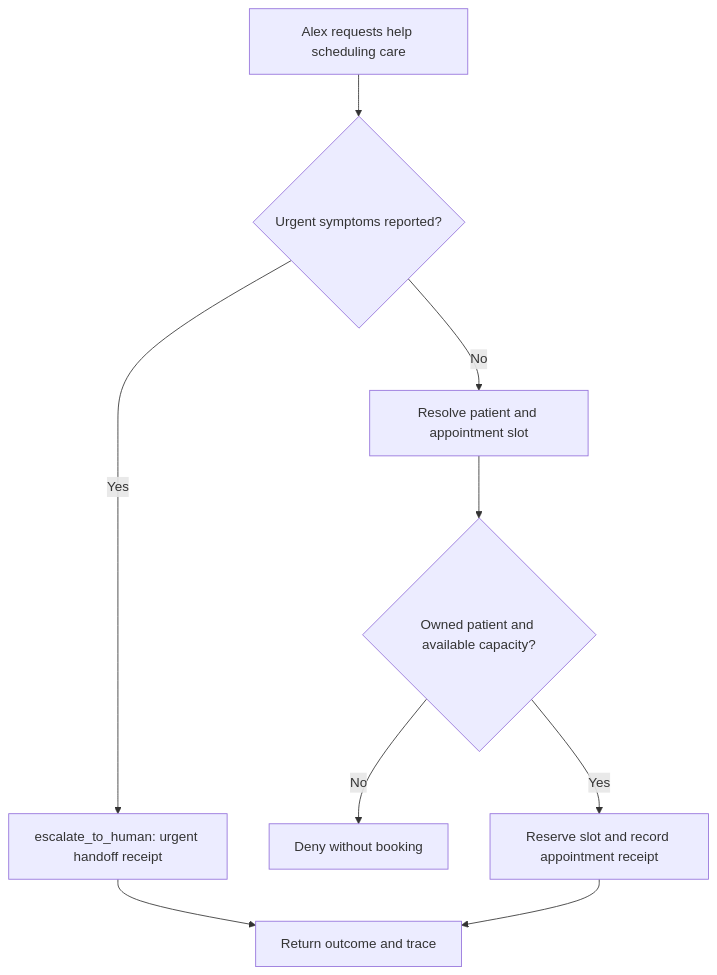
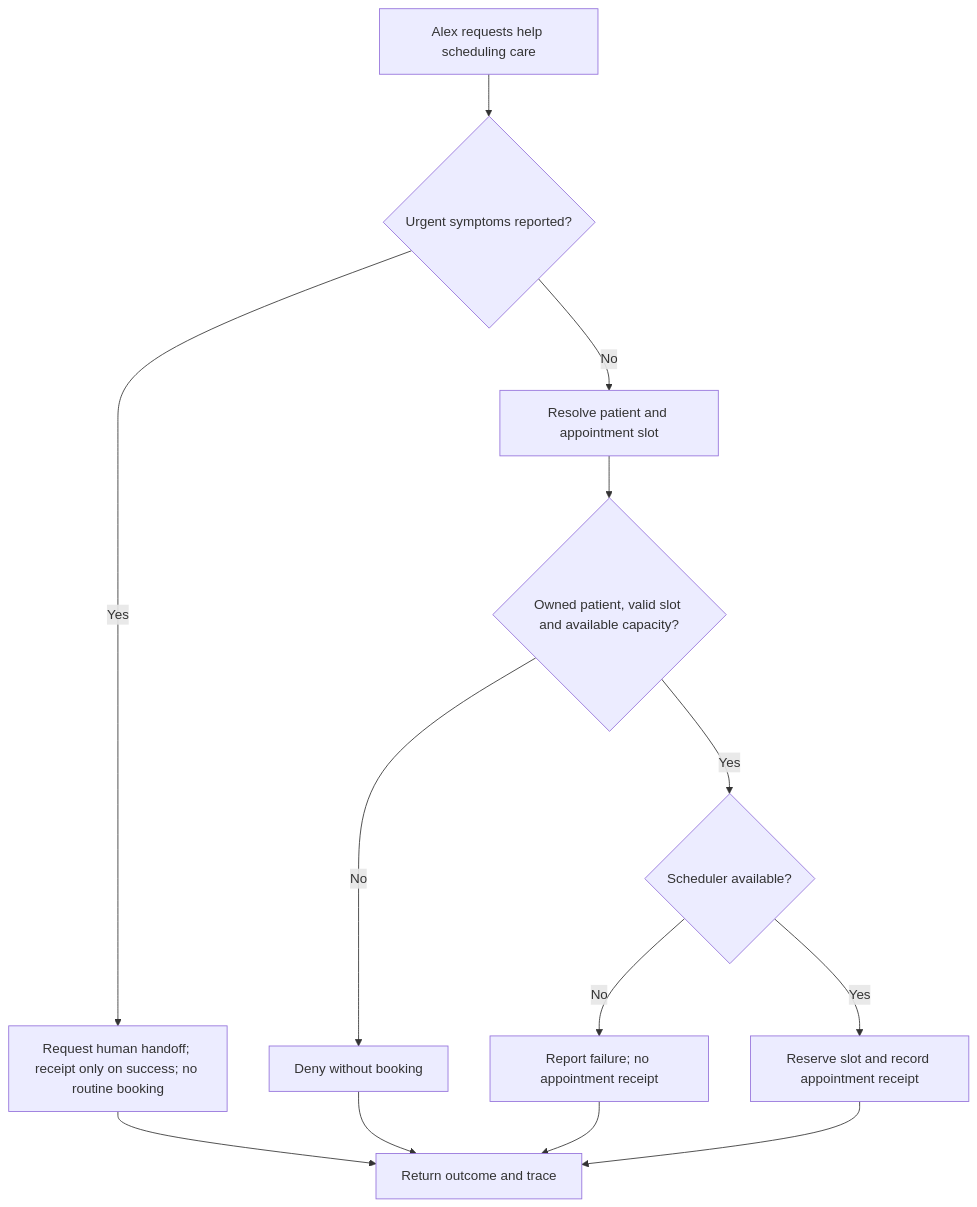
Before and after one commit to 4DvAnCeBoY/rook-demo: the second of 3 diagrams in demos/03-healthcare-code/agents-overview.md, drawn with Mermaid. The commit also changed 49 other files, not shown here.

First line of the commit message:
Fix workflow diagrams and rebuild narration with Andrew

````diff
--- a/demos/03-healthcare-code/agents-overview.md
+++ b/demos/03-healthcare-code/agents-overview.md
@@ -41,11 +41,15 @@
 ```mermaid
 flowchart TD
   A["Alex requests help scheduling care"] --> B{"Urgent symptoms reported?"}
-  B -->|Yes| C["escalate_to_human: urgent handoff receipt"]
+  B -->|Yes| C["Request human handoff; receipt only on success; no routine booking"]
   B -->|No| D["Resolve patient and appointment slot"]
-  D --> E{"Owned patient and available capacity?"}
+  D --> E{"Owned patient, valid slot and available capacity?"}
   E -->|No| F["Deny without booking"]
-  E -->|Yes| G["Reserve slot and record appointment receipt"]
+  E -->|Yes| I{"Scheduler available?"}
+  I -->|No| J["Report failure; no appointment receipt"]
+  I -->|Yes| G["Reserve slot and record appointment receipt"]
   C --> H["Return outcome and trace"]
   G --> H
+  F --> H
+  J --> H
 ```
````
